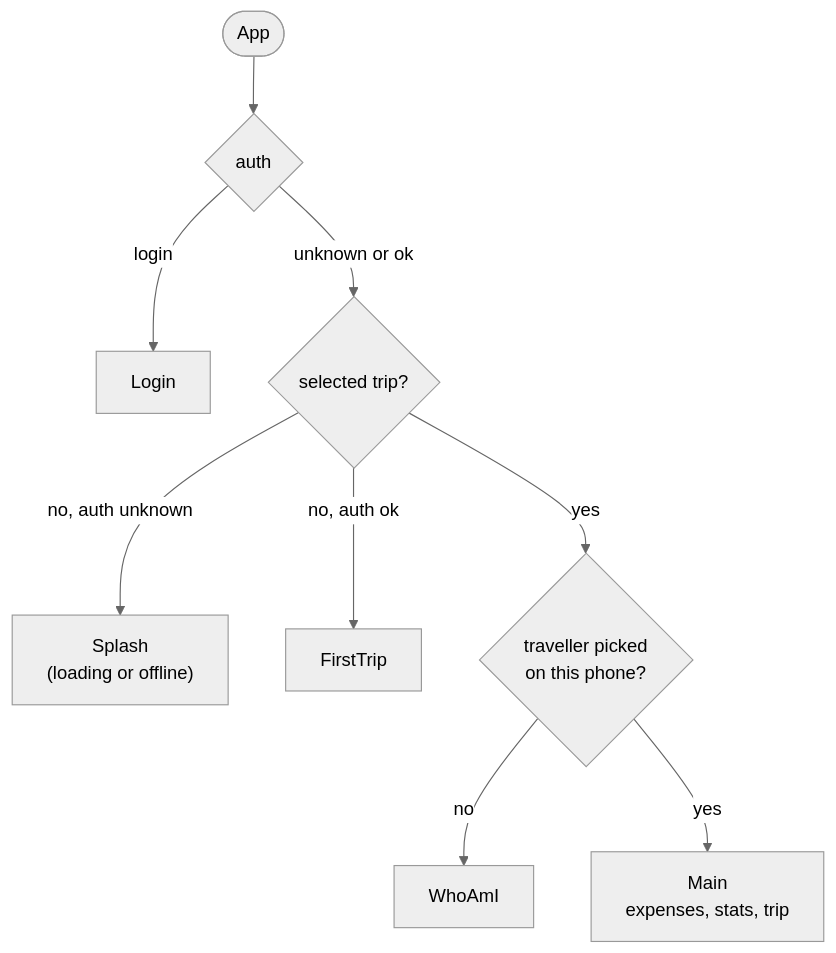
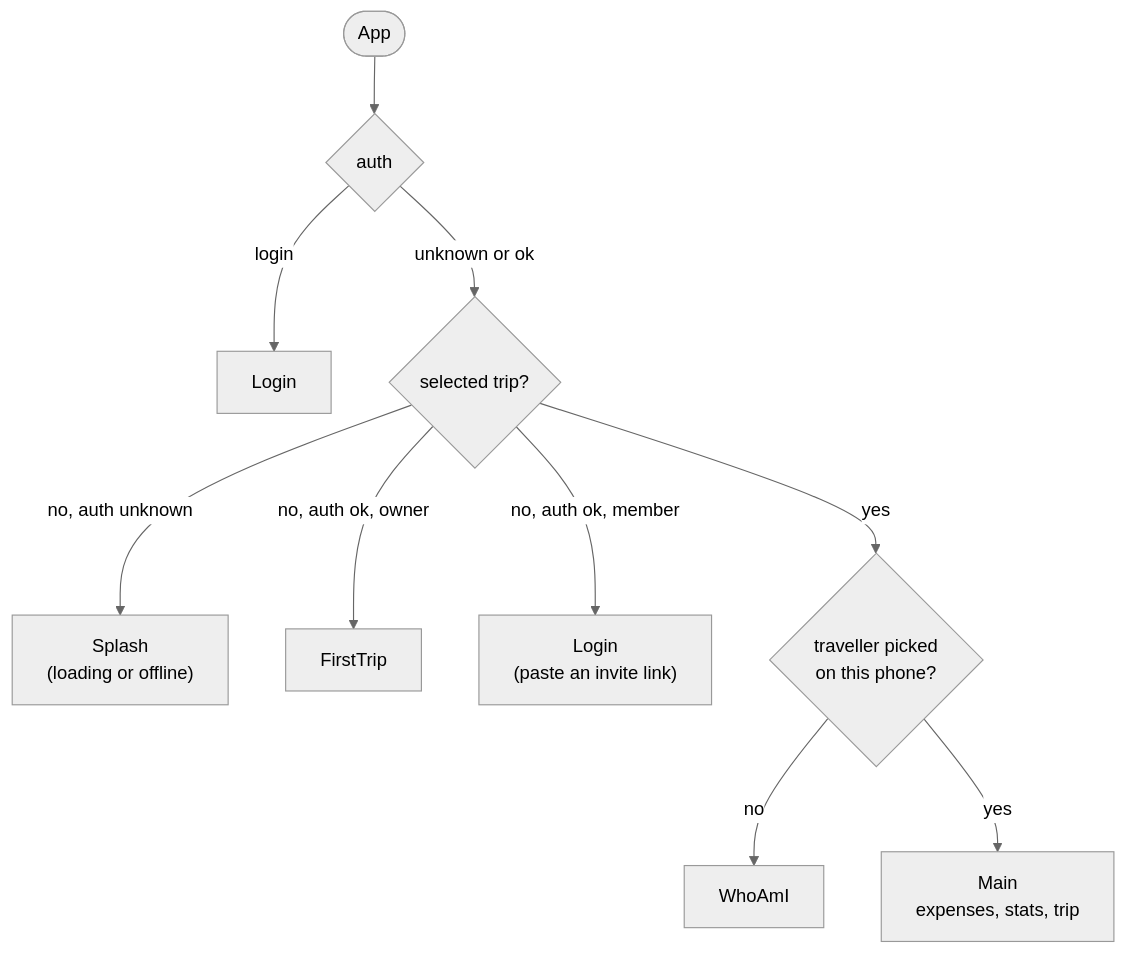
One commit to hazmah0/trip-split changed the fourth of 7 diagrams in docs/ARCHITECTURE.md. Above: the diagram before and after it, drawn with Mermaid (neutral theme). The commit also changed other lines of this file and 19 other files, not shown here.

First line of the commit message:
feat: replace the shared passcode with per-trip invite links

````diff
--- a/docs/ARCHITECTURE.md
+++ b/docs/ARCHITECTURE.md
@@ -213,11 +225,12 @@
 ```mermaid
 flowchart TD
   start([App]) --> auth{auth}
   auth -- login --> Login
   auth -- unknown or ok --> trip{selected trip?}
   trip -- "no, auth unknown" --> Splash["Splash<br/>(loading or offline)"]
-  trip -- "no, auth ok" --> FirstTrip
+  trip -- "no, auth ok, owner" --> FirstTrip
+  trip -- "no, auth ok, member" --> Join["Login<br/>(paste an invite link)"]
   trip -- yes --> me{"traveller picked<br/>on this phone?"}
   me -- no --> WhoAmI
   me -- yes --> Main["Main<br/>expenses, stats, trip"]
 ```
````
